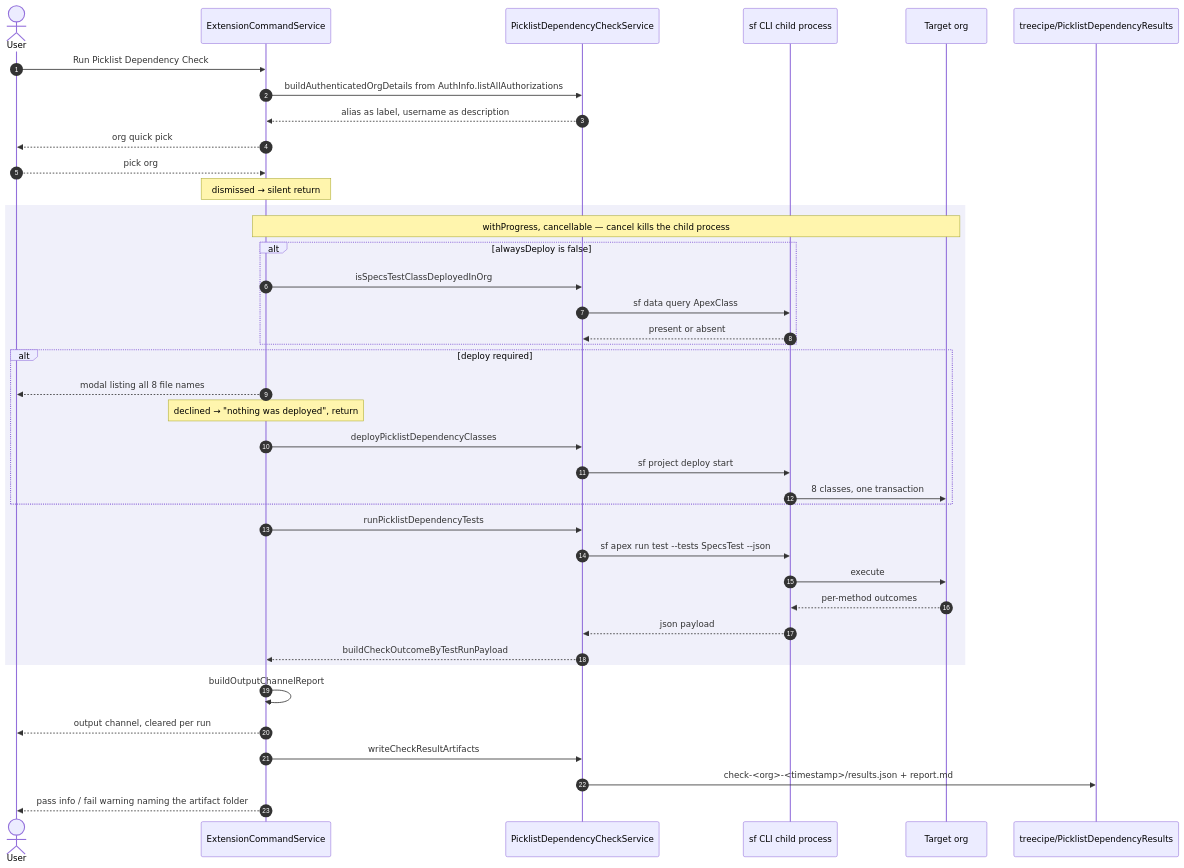
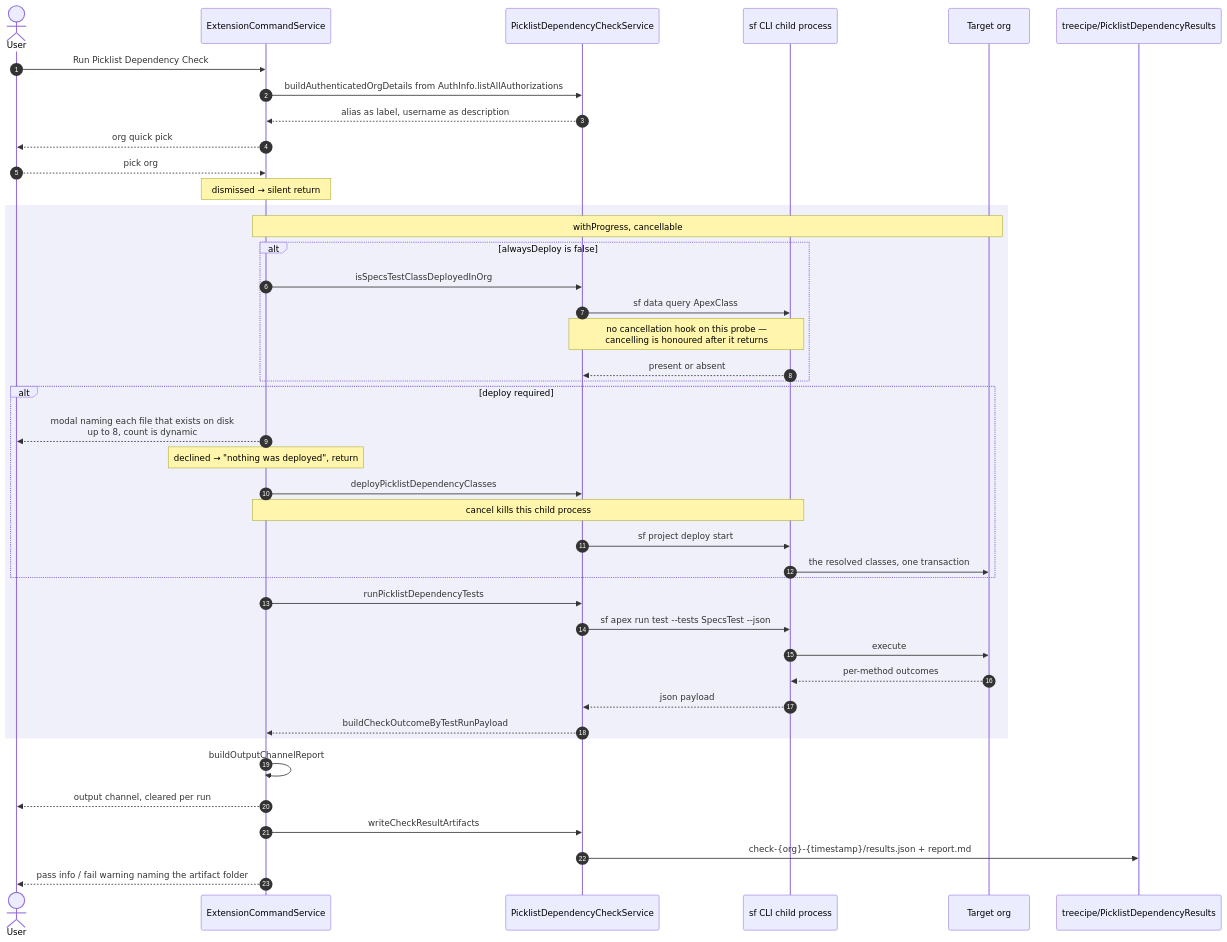
One commit to jdschleicher/Salesforce-Data-Treecipe changed the fifth of 8 diagrams in scripts/picklist-dependency-demo/PICKLIST-DEPENDENCY-FLOW.md. Above: the diagram before and after it, drawn with Mermaid. The commit also changed other lines of this file, not shown here.

First line of the commit message:
docs: correct diagram inaccuracies found in review

````diff
--- a/scripts/picklist-dependency-demo/PICKLIST-DEPENDENCY-FLOW.md
+++ b/scripts/picklist-dependency-demo/PICKLIST-DEPENDENCY-FLOW.md
@@ -180,45 +187,47 @@
 ```mermaid
 sequenceDiagram
     autonumber
     actor User
     participant Cmd as ExtensionCommandService
     participant Chk as PicklistDependencyCheckService
     participant CLI as sf CLI child process
     participant Org as Target org
     participant Disk as treecipe/PicklistDependencyResults
 
     User->>Cmd: Run Picklist Dependency Check
     Cmd->>Chk: buildAuthenticatedOrgDetails from AuthInfo.listAllAuthorizations
     Chk-->>Cmd: alias as label, username as description
     Cmd-->>User: org quick pick
     User-->>Cmd: pick org
     Note over Cmd: dismissed → silent return
 
     rect rgb(240, 240, 250)
-        Note over Cmd,Org: withProgress, cancellable — cancel kills the child process
+        Note over Cmd,Org: withProgress, cancellable
         alt alwaysDeploy is false
             Cmd->>Chk: isSpecsTestClassDeployedInOrg
             Chk->>CLI: sf data query ApexClass
+            Note over Chk,CLI: no cancellation hook on this probe —<br/>cancelling is honoured after it returns
             CLI-->>Chk: present or absent
         end
         alt deploy required
-            Cmd-->>User: modal listing all 8 file names
+            Cmd-->>User: modal naming each file that exists on disk<br/>up to 8, count is dynamic
             Note over Cmd: declined → "nothing was deployed", return
             Cmd->>Chk: deployPicklistDependencyClasses
+            Note over Cmd,CLI: cancel kills this child process
             Chk->>CLI: sf project deploy start
-            CLI->>Org: 8 classes, one transaction
+            CLI->>Org: the resolved classes, one transaction
         end
         Cmd->>Chk: runPicklistDependencyTests
         Chk->>CLI: sf apex run test --tests SpecsTest --json
         CLI->>Org: execute
         Org-->>CLI: per-method outcomes
         CLI-->>Chk: json payload
         Chk-->>Cmd: buildCheckOutcomeByTestRunPayload
     end
 
     Cmd->>Cmd: buildOutputChannelReport
     Cmd-->>User: output channel, cleared per run
     Cmd->>Chk: writeCheckResultArtifacts
-    Chk->>Disk: check-<org>-<timestamp>/results.json + report.md
+    Chk->>Disk: check-{org}-{timestamp}/results.json + report.md
     Cmd-->>User: pass info / fail warning naming the artifact folder
 ```
````
